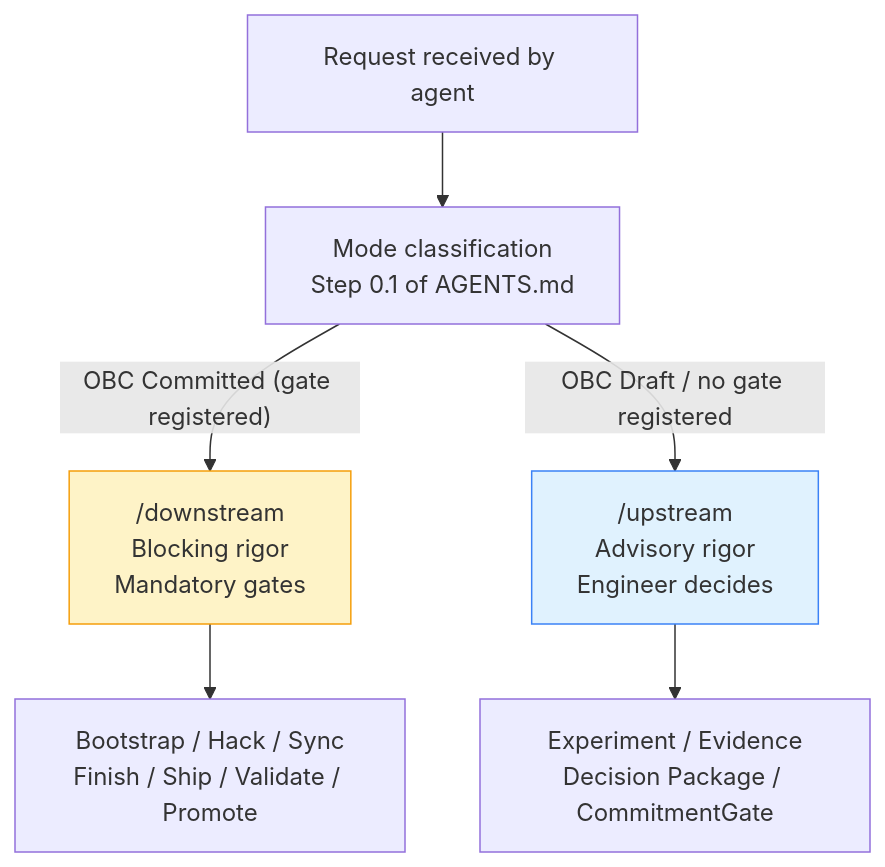
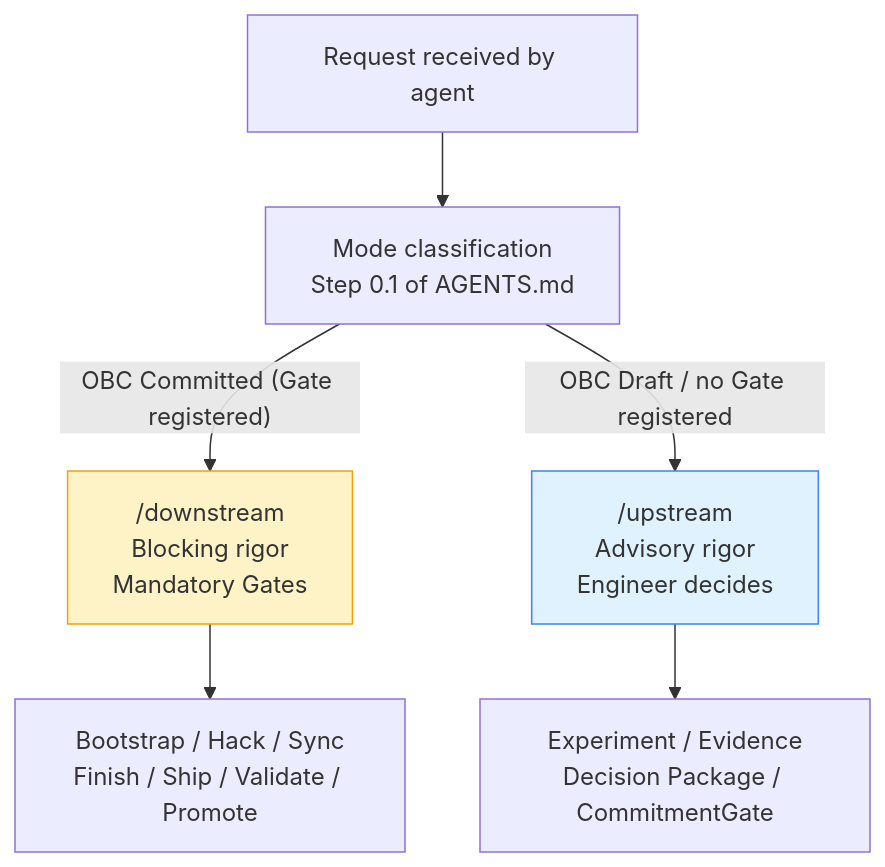
The diagram in en/chapter-10.md (produtoreativo/from-intent-to-outcome), drawn with Mermaid before and after one commit. The commit also changed other lines of this file and 22 other files, not shown here.

First line of the commit message:
fix(terminology): capitaliza Gate/Gates como termo técnico em todo o livro (PT + EN)

````diff
--- a/en/chapter-10.md
+++ b/en/chapter-10.md
@@ -67,11 +67,11 @@
 ```mermaid
 graph TD
     REQ["Request received by agent"] --> CLASS["Mode classification\nStep 0.1 of AGENTS.md"]
-    CLASS -->|"OBC Committed (gate registered)"| DS["/downstream\nBlocking rigor\nMandatory gates"]
-    CLASS -->|"OBC Draft / no gate registered"| US["/upstream\nAdvisory rigor\nEngineer decides"]
+    CLASS -->|"OBC Committed (Gate registered)"| DS["/downstream\nBlocking rigor\nMandatory Gates"]
+    CLASS -->|"OBC Draft / no Gate registered"| US["/upstream\nAdvisory rigor\nEngineer decides"]
     DS --> SKILLS_DS["Bootstrap / Hack / Sync\nFinish / Ship / Validate / Promote"]
     US --> SKILLS_US["Experiment / Evidence\nDecision Package / CommitmentGate"]
 
     style DS fill:#FEF3C7,stroke:#F59E0B
     style US fill:#E0F2FE,stroke:#3B82F6
 ```
````
